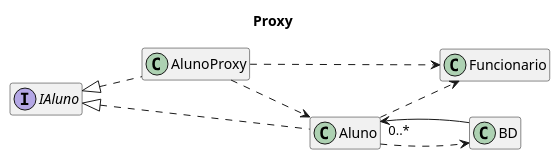
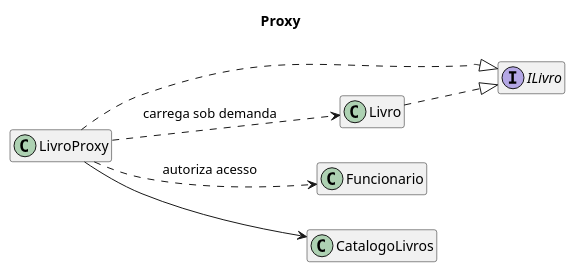
The diagram in Proxy.puml (B4Hive/Proxy-DCC078-2026-3-A), drawn with PlantUML before and after one commit. The commit also changed 9 other files, not shown here.

Commit message:
Implement Proxy design pattern with Livro, LivroProxy, and CatalogoLivros classes; add tests for LivroProxy functionality; update .gitignore and add pom.xml for Maven support.

```diff
--- a/Proxy.puml
+++ b/Proxy.puml
@@ -1,17 +1,18 @@
 @startuml Proxy
 title Proxy
-' Uma camada de abstração onde é implementada ou o carregamento de dados ou a segurança dos dados
-' Proxy de dados é mais usada para acessos gradativos ao banco de dados
+left to right direction
 hide members
-left to right direction
 
-class Aluno implements IAluno
-class AlunoProxy implements IAluno
+interface ILivro
+class Livro
+class LivroProxy
+class Funcionario
+class CatalogoLivros
 
-AlunoProxy ..> Aluno
-AlunoProxy ..> Funcionario
-Aluno ..> Funcionario
-Aluno ..> BD
-BD --> "0..*" Aluno
+Livro ..|> ILivro
+LivroProxy ..|> ILivro
+LivroProxy ..> Livro : carrega sob demanda
+LivroProxy ..> Funcionario : autoriza acesso
+LivroProxy --> CatalogoLivros
 
 @enduml
```
